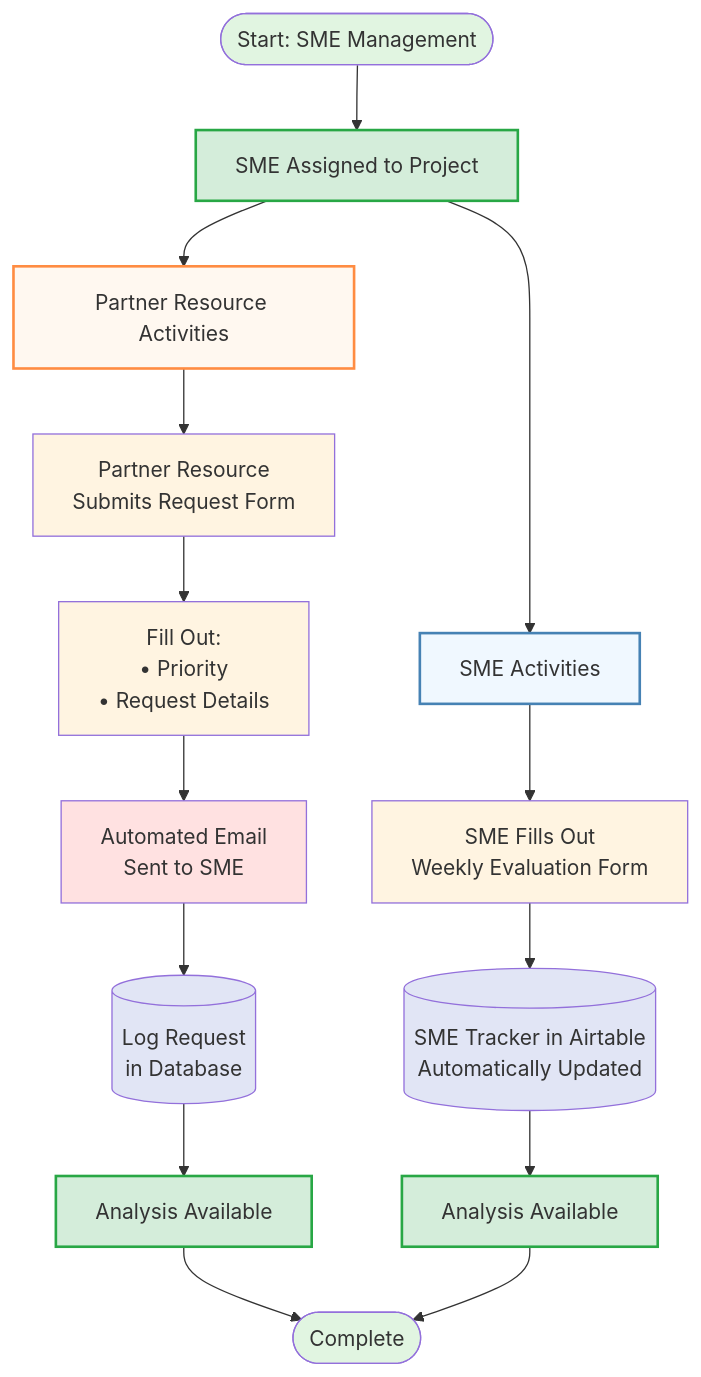
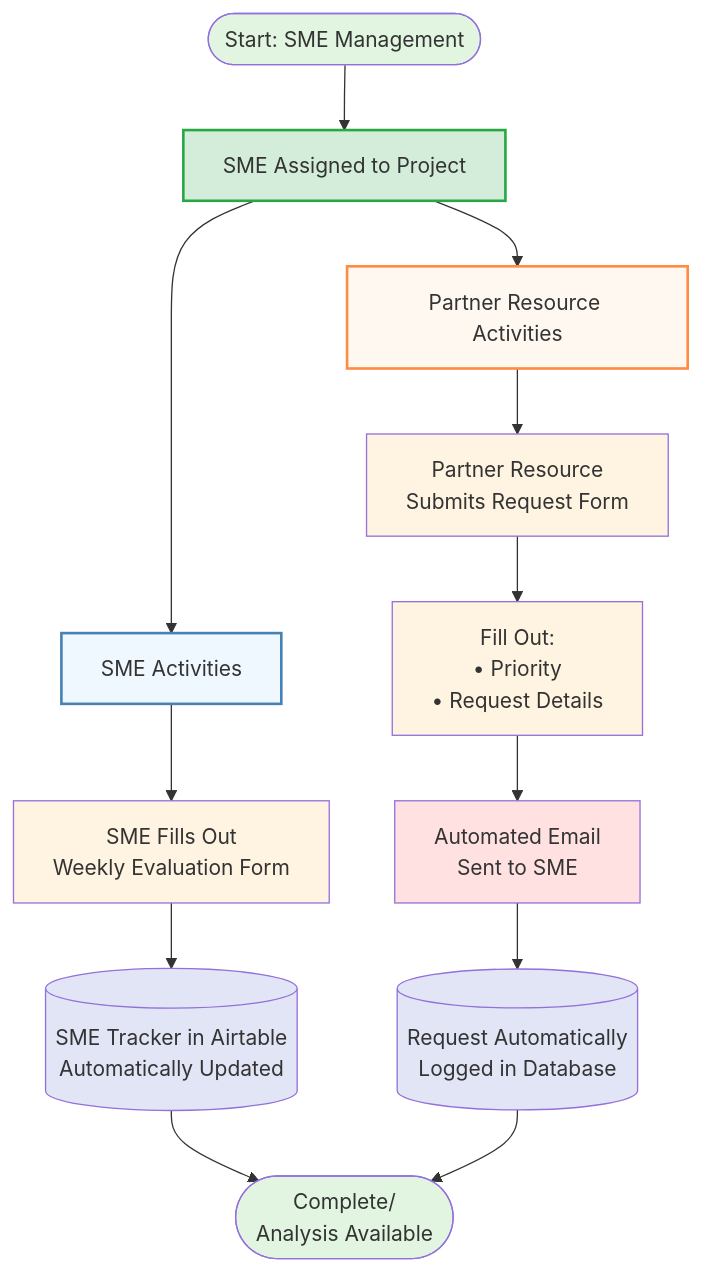
Before and after one commit to krisboardman/partner-onboarding-diagram: the diagram in sme-management-flow.md, drawn with Mermaid.

Commit message:
Refine SME workflow diagram layout and text
- Combined 'Analysis Available' with 'Complete' endpoint
- Reorganized layout: SME activities on left, Partner activities on right
- Updated database logging to 'Request Automatically Logged in Database'
- Removed redundant analysis available boxes for cleaner flow

🤖 Generated with [Claude Code](https://claude.com/claude-code)

````diff
--- a/sme-management-flow.md
+++ b/sme-management-flow.md
@@ -3,39 +3,34 @@
 ```mermaid
 flowchart TD
     Start([Start: SME Management]) --> Assign[SME Assigned to Project]
 
     Assign --> SMEPath[SME Activities]
     Assign --> PartnerPath[Partner Resource Activities]
 
-    %% SME Path
+    %% SME Path (Left Side)
     SMEPath --> SMEForm[SME Fills Out<br/>Weekly Evaluation Form]
     SMEForm --> UpdateTracker[(SME Tracker in Airtable<br/>Automatically Updated)]
-    UpdateTracker --> SMEComplete[Analysis Available]
+    UpdateTracker --> End
 
-    %% Partner Resource Path
+    %% Partner Resource Path (Right Side)
     PartnerPath --> RequestForm[Partner Resource<br/>Submits Request Form]
     RequestForm --> FillDetails[Fill Out:<br/>• Priority<br/>• Request Details]
 
     FillDetails --> Email[Automated Email<br/>Sent to SME]
-    Email --> LogDB[(Log Request<br/>in Database)]
+    Email --> LogDB[(Request Automatically<br/>Logged in Database)]
 
-    LogDB --> PartnerComplete[Analysis Available]
-
-    PartnerComplete --> End([Complete])
-    SMEComplete --> End
+    LogDB --> End([Complete/<br/>Analysis Available])
 
     %% Styling
     style Start fill:#e1f5e1
     style End fill:#e1f5e1
     style Assign fill:#d4edda,stroke:#28a745,stroke-width:2px
     style SMEForm fill:#fff4e1
     style RequestForm fill:#fff4e1
     style FillDetails fill:#fff4e1
     style UpdateTracker fill:#e1e5f5
     style LogDB fill:#e1e5f5
     style Email fill:#ffe1e1
-    style SMEComplete fill:#d4edda,stroke:#28a745,stroke-width:2px
-    style PartnerComplete fill:#d4edda,stroke:#28a745,stroke-width:2px
     style SMEPath fill:#f0f8ff,stroke:#4682b4,stroke-width:2px
     style PartnerPath fill:#fff8f0,stroke:#ff8c42,stroke-width:2px
 ```
````
